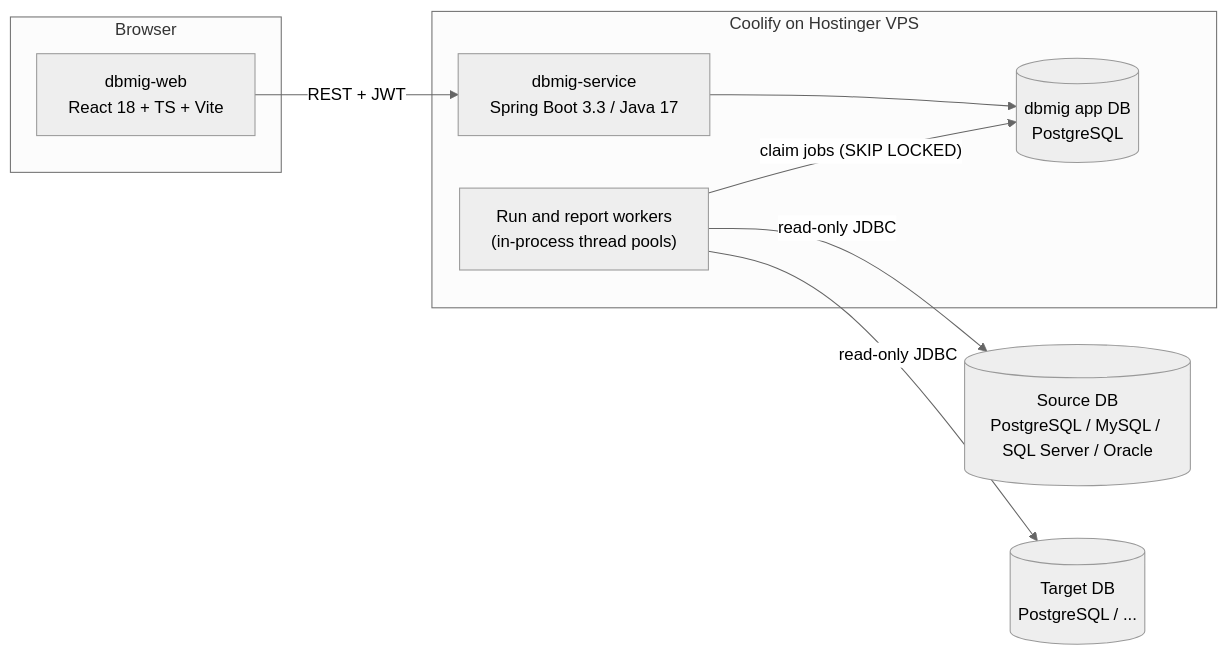
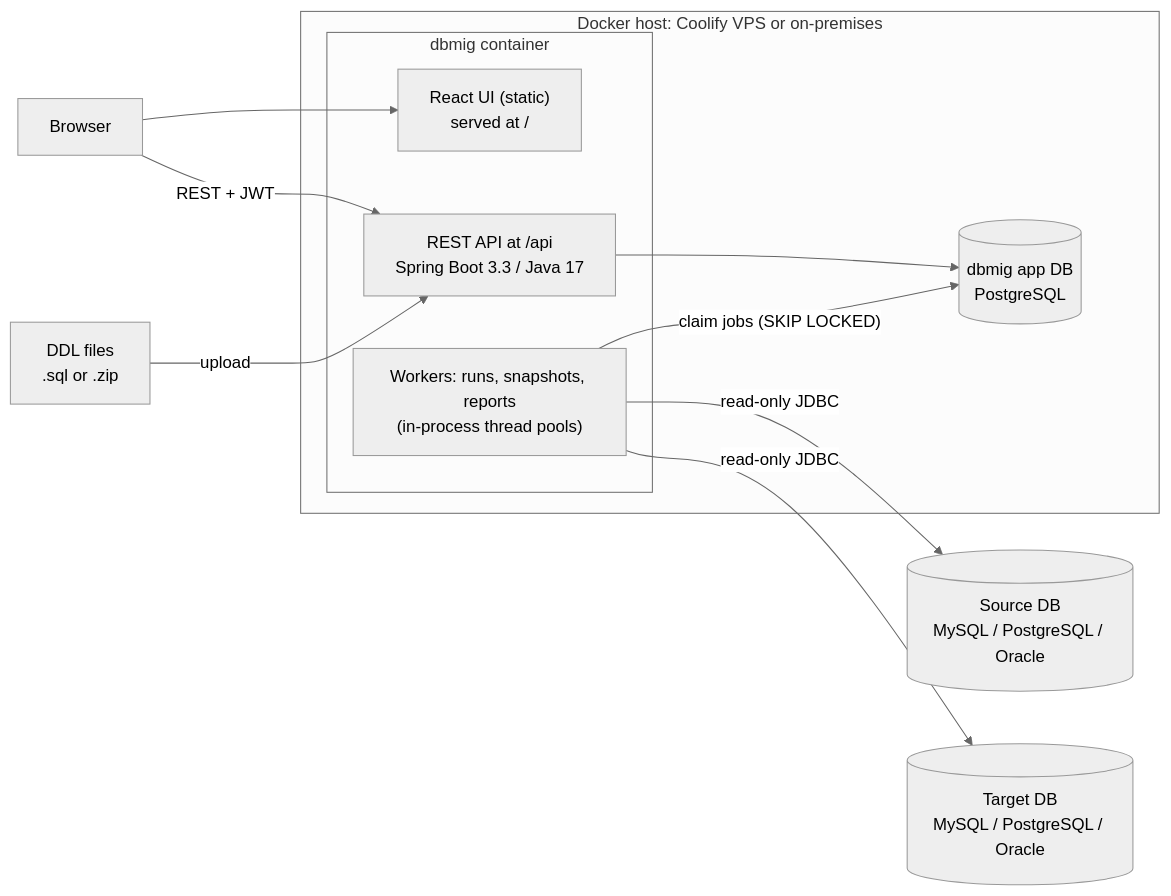
The third of 5 diagrams in docs/DB_MIGRATION_ASSISTANT_SPEC.md (ardon-g-tolentino-jr/cooked-service), drawn with Mermaid (neutral theme) before and after one commit. The commit also changed other lines of this file and 1 other file, not shown here.

First line of the commit message:
docs: dbmig spec v0.2 - MySQL/PostgreSQL/Oracle, standalone, DDL input

````diff
--- a/docs/DB_MIGRATION_ASSISTANT_SPEC.md
+++ b/docs/DB_MIGRATION_ASSISTANT_SPEC.md
@@ -859,18 +1069,22 @@
 ```mermaid
 flowchart LR
-  subgraph Browser
-    UI["dbmig-web<br/>React 18 + TS + Vite"]
-  end
-  subgraph VPS["Coolify on Hostinger VPS"]
-    API["dbmig-service<br/>Spring Boot 3.3 / Java 17"]
-    W["Run and report workers<br/>(in-process thread pools)"]
+  B["Browser"]
+  F["DDL files<br/>.sql or .zip"]
+  subgraph HOST["Docker host: Coolify VPS or on-premises"]
+    subgraph APP["dbmig container"]
+      UI["React UI (static)<br/>served at /"]
+      API["REST API at /api<br/>Spring Boot 3.3 / Java 17"]
+      W["Workers: runs, snapshots, reports<br/>(in-process thread pools)"]
+    end
     APPDB[("dbmig app DB<br/>PostgreSQL")]
   end
-  SRC[("Source DB<br/>PostgreSQL / MySQL / SQL Server / Oracle")]
-  TGT[("Target DB<br/>PostgreSQL / ...")]
-  UI -- "REST + JWT" --> API
+  SRC[("Source DB<br/>MySQL / PostgreSQL / Oracle")]
+  TGT[("Target DB<br/>MySQL / PostgreSQL / Oracle")]
+  B --> UI
+  B -- "REST + JWT" --> API
+  F -- "upload" --> API
   API --> APPDB
   W -- "claim jobs (SKIP LOCKED)" --> APPDB
   W -- "read-only JDBC" --> SRC
   W -- "read-only JDBC" --> TGT
 ```
````
